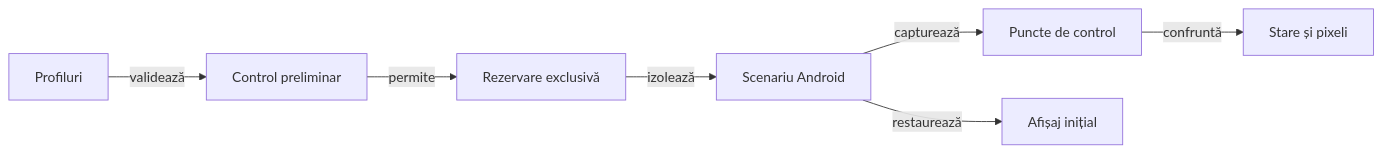
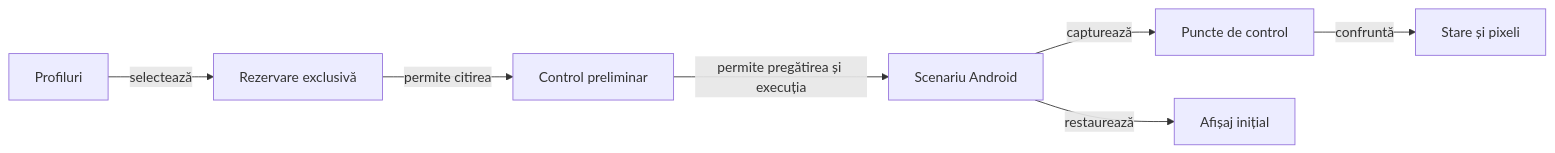
Before and after one commit to crististefanita/atf_j4: the diagram in docs/testing/ATF_Display.md, drawn with Mermaid. The commit also changed other lines of this file and 10 other files, not shown here.

Commit message:
Preflight reserved Android devices before release verification

````diff
--- a/docs/testing/ATF_Display.md
+++ b/docs/testing/ATF_Display.md
@@ -9,9 +9,9 @@
 ```mermaid
 flowchart LR
-    CONFIG[Profiluri] -->|validează| PREFLIGHT[Control preliminar]
-    PREFLIGHT -->|permite| LEASE[Rezervare exclusivă]
-    LEASE -->|izolează| RUN[Scenariu Android]
+    CONFIG[Profiluri] -->|selectează| LEASE[Rezervare exclusivă]
+    LEASE -->|permite citirea| PREFLIGHT[Control preliminar]
+    PREFLIGHT -->|permite pregătirea și execuția| RUN[Scenariu Android]
     RUN -->|capturează| TRACE[Puncte de control]
     RUN -->|restaurează| DISPLAY[Afișaj inițial]
     TRACE -->|confruntă| AUDIT[Stare și pixeli]
 ```
````
